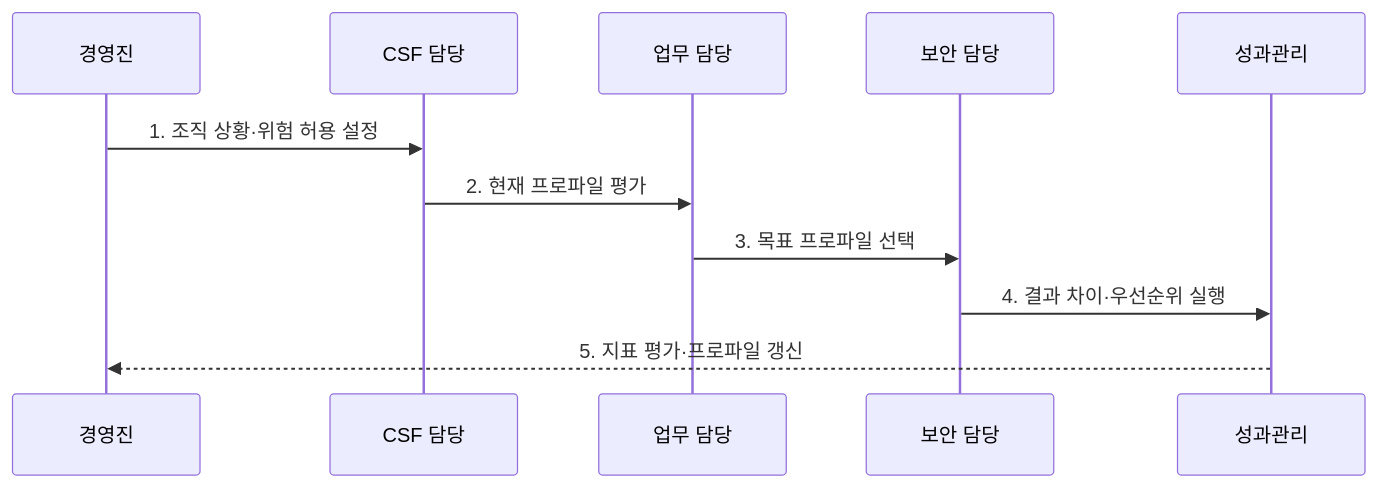
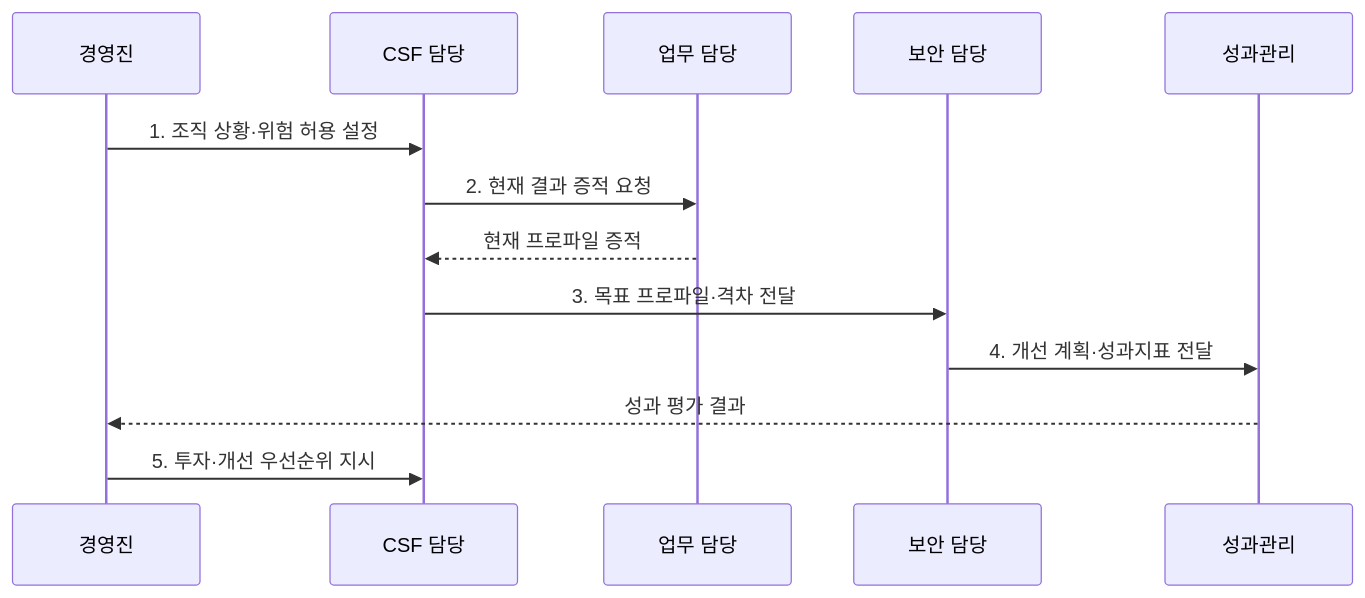
The second of 2 diagrams in src/content/docs/notes/05-security/111_nist_csf.md (agnusdei1207/knowledge-base), drawn with Mermaid before and after one commit. The commit also changed other lines of this file and 20 other files, not shown here.

````diff
--- a/src/content/docs/notes/05-security/111_nist_csf.md
+++ b/src/content/docs/notes/05-security/111_nist_csf.md
@@ -79,13 +83,15 @@
 ```mermaid
 sequenceDiagram
   participant E as 경영진
   participant C as CSF 담당
   participant B as 업무 담당
   participant S as 보안 담당
   participant M as 성과관리
   E->>C: 1. 조직 상황·위험 허용 설정
-  C->>B: 2. 현재 프로파일 평가
-  B->>S: 3. 목표 프로파일 선택
-  S->>M: 4. 결과 차이·우선순위 실행
-  M-->>E: 5. 지표 평가·프로파일 갱신
+  C->>B: 2. 현재 결과 증적 요청
+  B-->>C: 현재 프로파일 증적
+  C->>S: 3. 목표 프로파일·격차 전달
+  S->>M: 4. 개선 계획·성과지표 전달
+  M-->>E: 성과 평가 결과
+  E->>C: 5. 투자·개선 우선순위 지시
 ```
````
